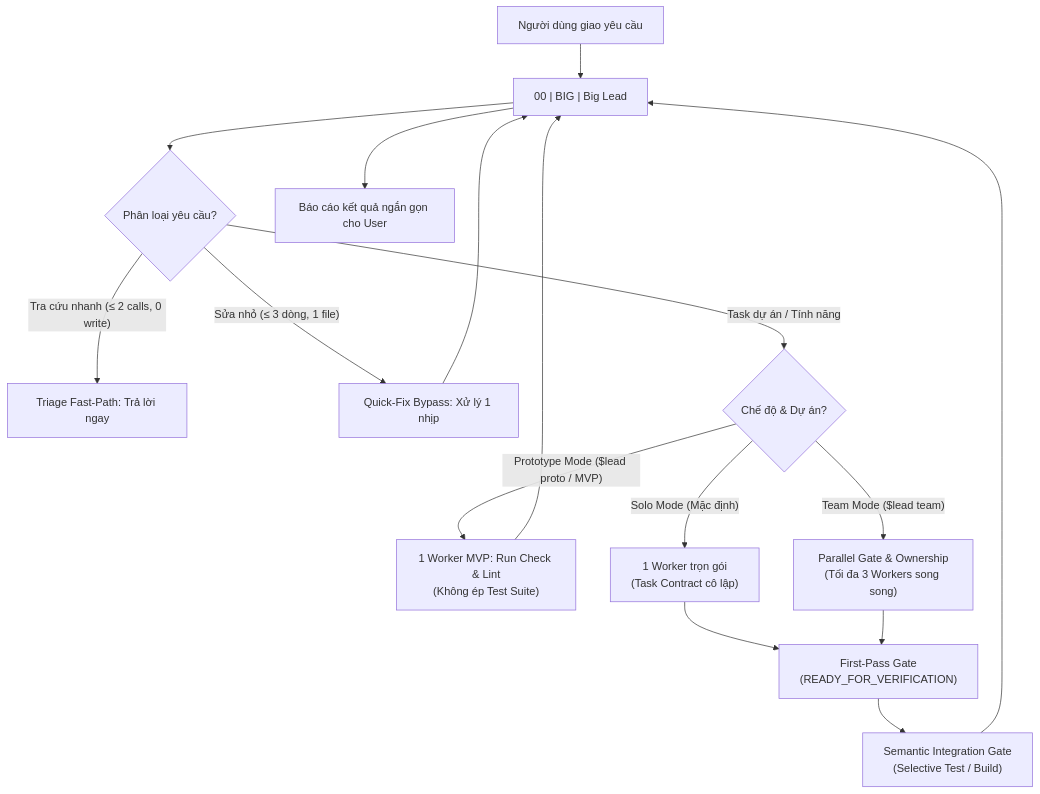
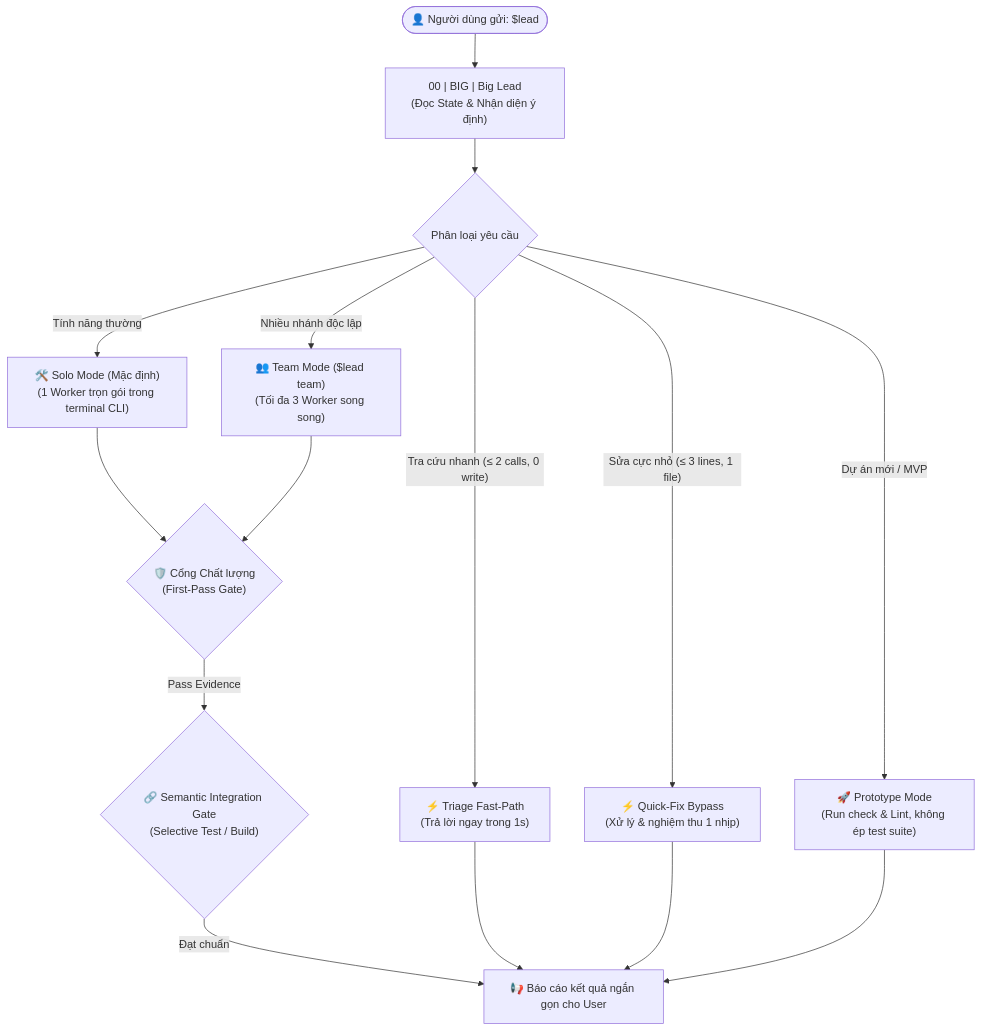
One commit to TINVO04/codex-agent-team-lead changed the diagram in README.md. Above: the diagram before and after it, drawn with Mermaid. The commit also changed other lines of this file and 1 other file, not shown here.

````diff
--- a/README.md
+++ b/README.md
@@ -111,20 +80,30 @@
 ```mermaid
 flowchart TD
-    U["Người dùng giao yêu cầu"] --> B["00 | BIG | Big Lead"]
-    B --> Triage{"Phân loại yêu cầu?"}
-    Triage -- "Tra cứu nhanh (≤ 2 calls, 0 write)" --> Fast["Triage Fast-Path: Trả lời ngay"]
-    Triage -- "Sửa nhỏ (≤ 3 dòng, 1 file)" --> QF["Quick-Fix Bypass: Xử lý 1 nhịp"]
-    Triage -- "Task dự án / Tính năng" --> Mode{"Chế độ & Dự án?"}
+    User(["👤 Người dùng gửi: $lead <yêu cầu>"]) --> BigLead["00 | BIG | Big Lead
+(Đọc State & Nhận diện ý định)"]
     
-    Mode -- "Prototype Mode ($lead proto / MVP)" --> Proto["1 Worker MVP: Run Check & Lint\n(Không ép Test Suite)"]
-    Mode -- "Solo Mode (Mặc định)" --> S["1 Worker trọn gói\n(Task Contract cô lập)"]
-    Mode -- "Team Mode ($lead team)" --> M["Parallel Gate & Ownership\n(Tối đa 3 Workers song song)"]
+    BigLead --> Triage{"Phân loại yêu cầu"}
     
-    Proto --> B
-    QF --> B
-    S --> V["First-Pass Gate\n(READY_FOR_VERIFICATION)"]
-    M --> V
-    V --> Int["Semantic Integration Gate\n(Selective Test / Build)"]
-    Int --> B
-    B --> O["Báo cáo kết quả ngắn gọn cho User"]
+    Triage -- "Tra cứu nhanh (≤ 2 calls, 0 write)" --> FastPath["⚡ Triage Fast-Path
+(Trả lời ngay trong 1s)"]
+    Triage -- "Sửa cực nhỏ (≤ 3 lines, 1 file)" --> QuickFix["⚡ Quick-Fix Bypass
+(Xử lý & nghiệm thu 1 nhịp)"]
+    Triage -- "Dự án mới / MVP" --> Proto["🚀 Prototype Mode
+(Run check & Lint, không ép test suite)"]
+    Triage -- "Tính năng thường" --> Solo["🛠️ Solo Mode (Mặc định)
+(1 Worker trọn gói trong terminal CLI)"]
+    Triage -- "Nhiều nhánh độc lập" --> Swarm["👥 Team Mode ($lead team)
+(Tối đa 3 Worker song song)"]
+    
+    Solo --> QualityGate{"🛡️ Cổng Chất lượng
+(First-Pass Gate)"}
+    Swarm --> QualityGate
+    
+    QualityGate -- "Pass Evidence" --> Semantic{"🔗 Semantic Integration Gate
+(Selective Test / Build)"}
+    Semantic -- "Đạt chuẩn" --> Report["📢 Báo cáo kết quả ngắn gọn cho User"]
+    
+    FastPath --> Report
+    QuickFix --> Report
+    Proto --> Report
 ```
````
